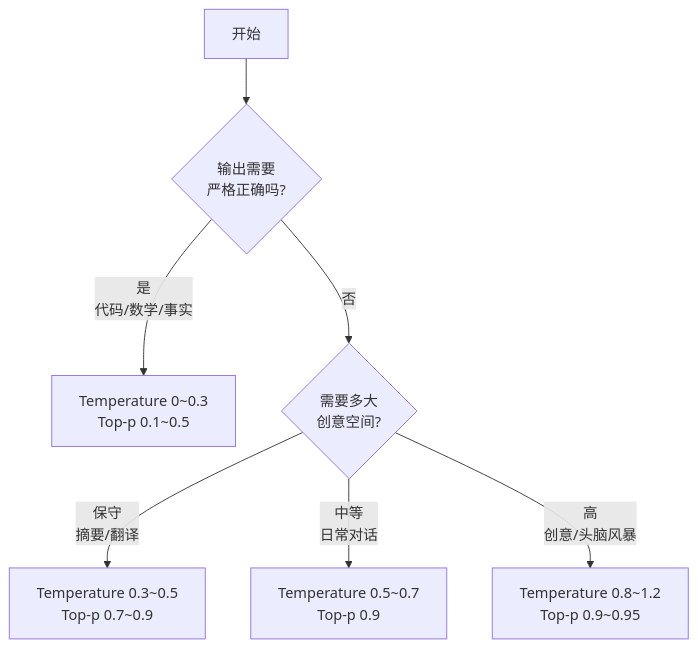
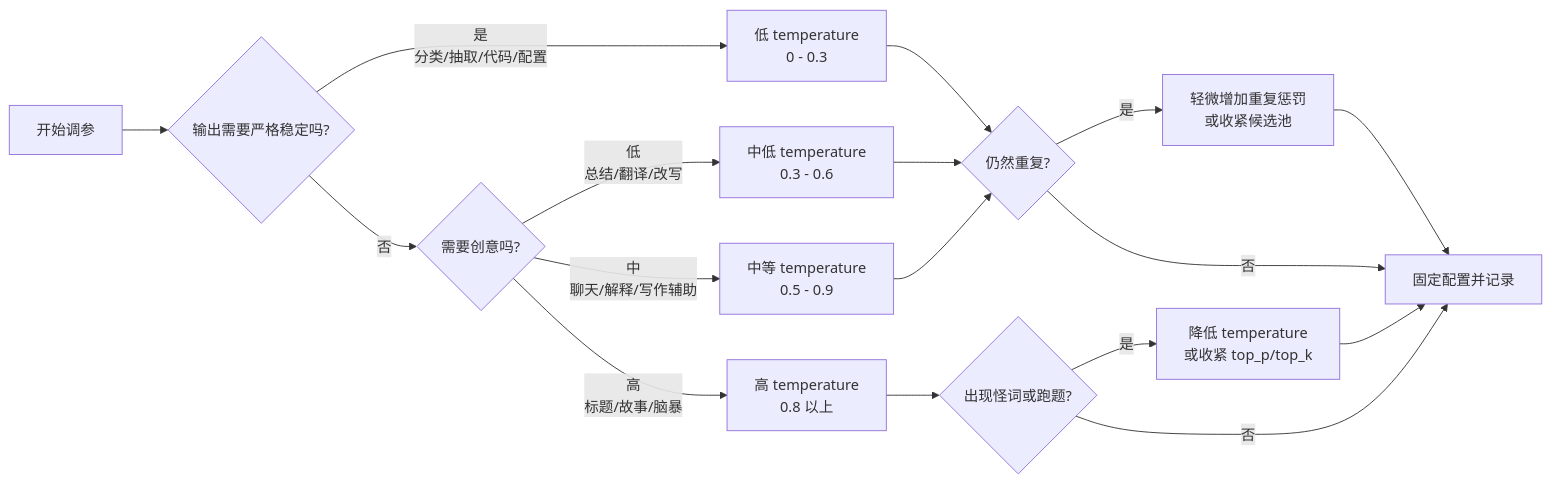
Before and after one commit to Unclecheng-li/Hello-AI: the fifth of 5 diagrams in docs/basics/temperature-sampling.md, drawn with Mermaid. The commit also changed other lines of this file and 33 other files, not shown here.

````diff
--- a/docs/basics/temperature-sampling.md
+++ b/docs/basics/temperature-sampling.md
@@ -150,9 +369,19 @@
-```mermaid
-flowchart TD
-    A[开始] --> B{输出需要<br/>严格正确吗?}
-    B -->|是<br/>代码/数学/事实| C[Temperature 0~0.3<br/>Top-p 0.1~0.5]
-    B -->|否| D{需要多大<br/>创意空间?}
-    D -->|保守<br/>摘要/翻译| E[Temperature 0.3~0.5<br/>Top-p 0.7~0.9]
-    D -->|中等<br/>日常对话| F[Temperature 0.5~0.7<br/>Top-p 0.9]
-    D -->|高<br/>创意/头脑风暴| G[Temperature 0.8~1.2<br/>Top-p 0.9~0.95]
-```
+~~~mermaid
+flowchart LR
+    A[开始调参] --> B{输出需要严格稳定吗?}
+    B -->|是<br/>分类/抽取/代码/配置| C[低 temperature<br/>0 - 0.3]
+    B -->|否| D{需要创意吗?}
+    D -->|低<br/>总结/翻译/改写| E[中低 temperature<br/>0.3 - 0.6]
+    D -->|中<br/>聊天/解释/写作辅助| F[中等 temperature<br/>0.5 - 0.9]
+    D -->|高<br/>标题/故事/脑暴| G[高 temperature<br/>0.8 以上]
+    C --> H{仍然重复?}
+    E --> H
+    F --> H
+    G --> I{出现怪词或跑题?}
+    H -->|是| J[轻微增加重复惩罚<br/>或收紧候选池]
+    H -->|否| K[固定配置并记录]
+    I -->|是| L[降低 temperature<br/>或收紧 top_p/top_k]
+    I -->|否| K
+    J --> K
+    L --> K
+~~~
````
